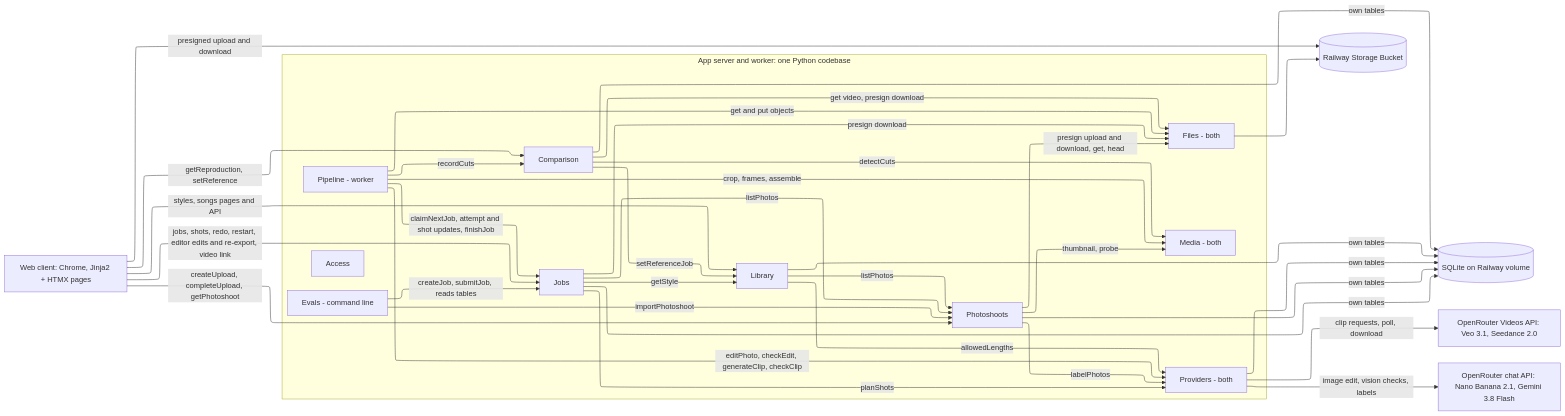
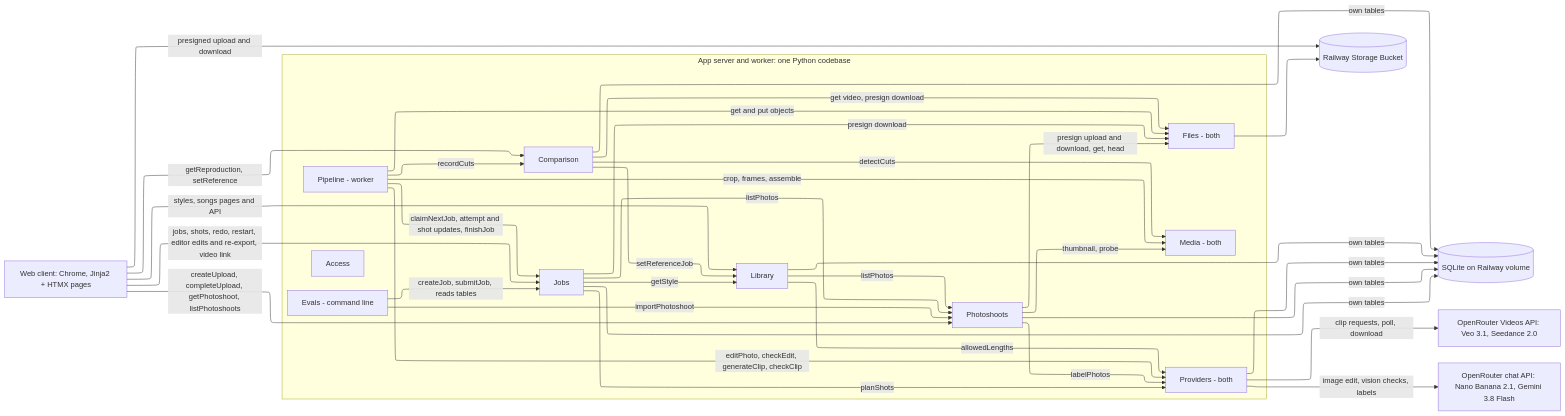
The first of 7 diagrams in docs/ARCHITECTURE.md (ThinkBuildMake/autohdr-photo-to-video), drawn with Mermaid before and after one commit. The commit also changed other lines of this file and 14 other files, not shown here.

````diff
--- a/docs/ARCHITECTURE.md
+++ b/docs/ARCHITECTURE.md
@@ -9,52 +9,52 @@
 ```mermaid
 ---
 config:
   layout: elk
 ---
 flowchart LR
   client[Web client: Chrome, Jinja2 + HTMX pages]
   subgraph app[App server and worker: one Python codebase]
     access[Access]
     library[Library]
     shoots[Photoshoots]
     jobs[Jobs]
     compare[Comparison]
     pipeline[Pipeline - worker]
     providers[Providers - both]
     media[Media - both]
     files[Files - both]
     evals[Evals - command line]
   end
   db[(SQLite on Railway volume)]
   bucket[(Railway Storage Bucket)]
   orv[OpenRouter Videos API: Veo 3.1, Seedance 2.0]
   orc[OpenRouter chat API: Nano Banana 2.1, Gemini 3.8 Flash]
   client -->|styles, songs pages and API| library
-  client -->|createUpload, completeUpload, getPhotoshoot| shoots
+  client -->|createUpload, completeUpload, getPhotoshoot, listPhotoshoots| shoots
   client -->|jobs, shots, redo, restart, editor edits and re-export, video link| jobs
   client -->|getReproduction, setReference| compare
   client -->|presigned upload and download| bucket
   shoots -->|labelPhotos| providers
   shoots -->|thumbnail, probe| media
   shoots -->|presign upload and download, get, head| files
   library -->|listPhotos| shoots
   library -->|allowedLengths| providers
   jobs -->|getStyle| library
   jobs -->|planShots| providers
   jobs -->|listPhotos| shoots
   jobs -->|presign download| files
   compare -->|setReferenceJob| library
   compare -->|get video, presign download| files
   pipeline -->|claimNextJob, attempt and shot updates, finishJob| jobs
   pipeline -->|editPhoto, checkEdit, generateClip, checkClip| providers
   pipeline -->|crop, frames, assemble| media
   pipeline -->|recordCuts| compare
   compare -->|detectCuts| media
   pipeline -->|get and put objects| files
   providers -->|clip requests, poll, download| orv
   providers -->|image edit, vision checks, labels| orc
   files --> bucket
   library & shoots & jobs & compare & providers -->|own tables| db
   evals -->|createJob, submitJob, reads tables| jobs
   evals -->|importPhotoshoot| shoots
 ```
````
